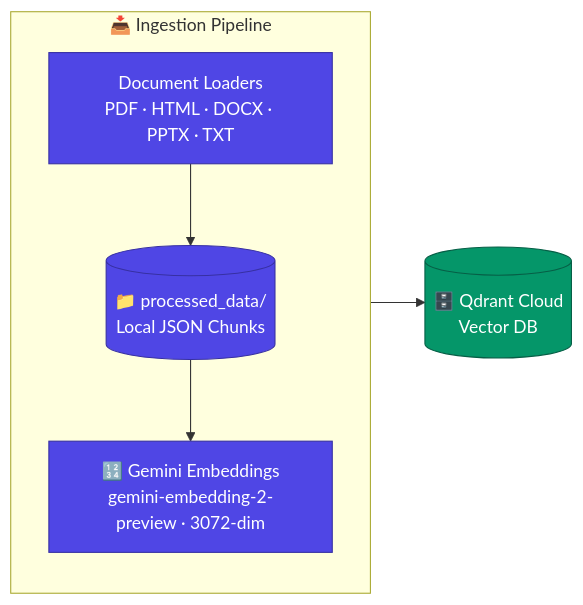
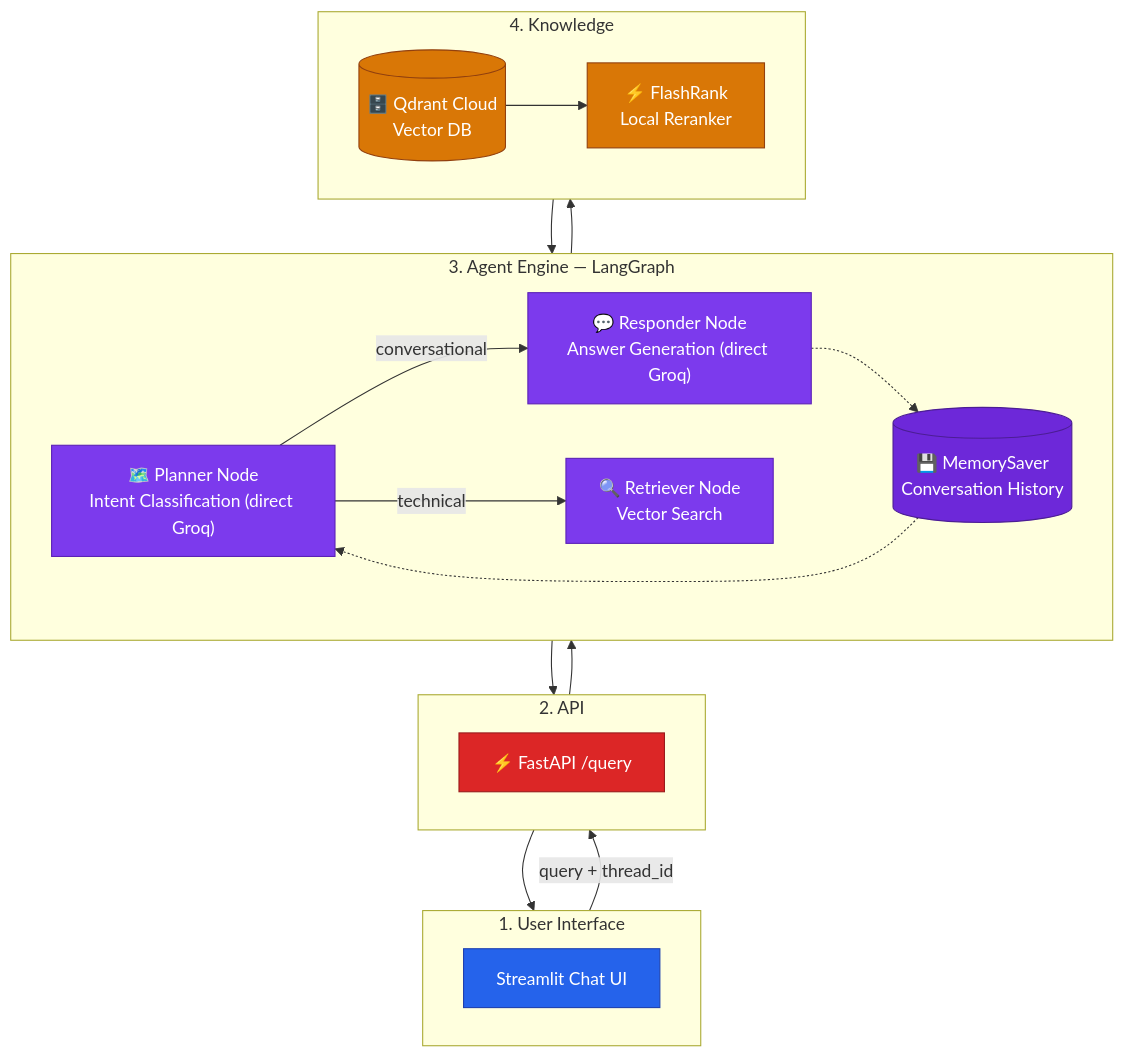
The diagram in ARCHITECTURE.md (swathijanapala/Enterprise-RAG), drawn with Mermaid before and after one commit. The commit also changed other lines of this file and 8 other files, not shown here.

Commit message:
Stage 3: FlashRank reranking + MemorySaver conversation memory

````diff
--- a/ARCHITECTURE.md
+++ b/ARCHITECTURE.md
@@ -7,19 +7,51 @@
 ```mermaid
-graph LR
-    subgraph INGEST ["📥 Ingestion Pipeline"]
-        direction TB
-        LOADER["Document Loaders\nPDF · HTML · DOCX · PPTX · TXT"]
-        PARSED[("📁 processed_data/\nLocal JSON Chunks")]
-        EMB["🔢 Gemini Embeddings\ngemini-embedding-2-preview · 3072-dim"]
+graph TB
+
+    subgraph UI ["1. User Interface"]
+        direction LR
+        CHAT["Streamlit Chat UI"]
     end
-    QD[("🗄️ Qdrant Cloud\nVector DB")]
 
-    LOADER --> PARSED
-    PARSED --> EMB
-    EMB --> QD
+    subgraph SAFETY ["2. API"]
+        direction LR
+        API["⚡ FastAPI  /query"]
+    end
 
-    classDef ingest fill:#4F46E5,stroke:#3730A3,color:#fff
-    classDef db fill:#059669,stroke:#065F46,color:#fff
-    class LOADER,PARSED,EMB ingest
-    class QD db
+    subgraph AGENT ["3. Agent Engine — LangGraph"]
+        direction LR
+        PL["🗺️ Planner Node\nIntent Classification (direct Groq)"]
+        RT["🔍 Retriever Node\nVector Search"]
+        RS["💬 Responder Node\nAnswer Generation (direct Groq)"]
+        MEM[("💾 MemorySaver\nConversation History")]
+    end
+
+    subgraph KNOWLEDGE ["4. Knowledge"]
+        direction LR
+        QD[("🗄️ Qdrant Cloud\nVector DB")]
+        FR["⚡ FlashRank\nLocal Reranker"]
+    end
+
+    CHAT -->|query + thread_id| API
+    API --> PL
+    PL -->|conversational| RS
+    PL -->|technical| RT
+    RT --> QD
+    QD --> FR
+    FR --> RS
+    RS --> API
+    API --> CHAT
+    RS -.-> MEM
+    MEM -.-> PL
+
+    classDef ui        fill:#2563EB,stroke:#1E40AF,color:#fff
+    classDef safety    fill:#DC2626,stroke:#991B1B,color:#fff
+    classDef agent     fill:#7C3AED,stroke:#5B21B6,color:#fff
+    classDef knowledge fill:#D97706,stroke:#92400E,color:#fff
+    classDef memory    fill:#6D28D9,stroke:#4C1D95,color:#fff
+
+    class CHAT ui
+    class API safety
+    class PL,RT,RS agent
+    class QD,FR knowledge
+    class MEM memory
 ```
````
